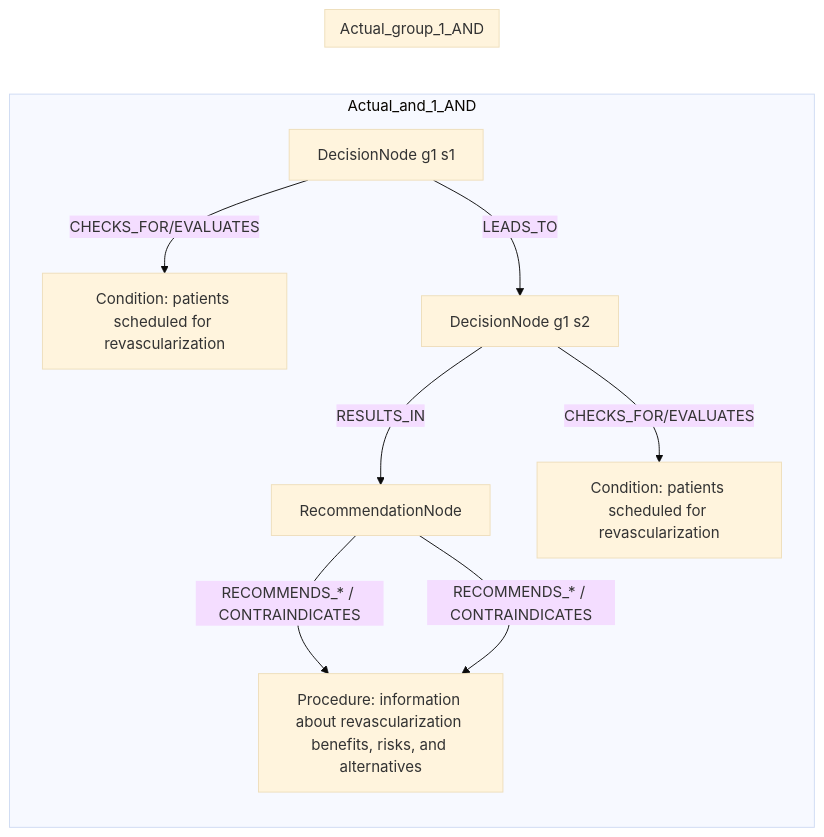
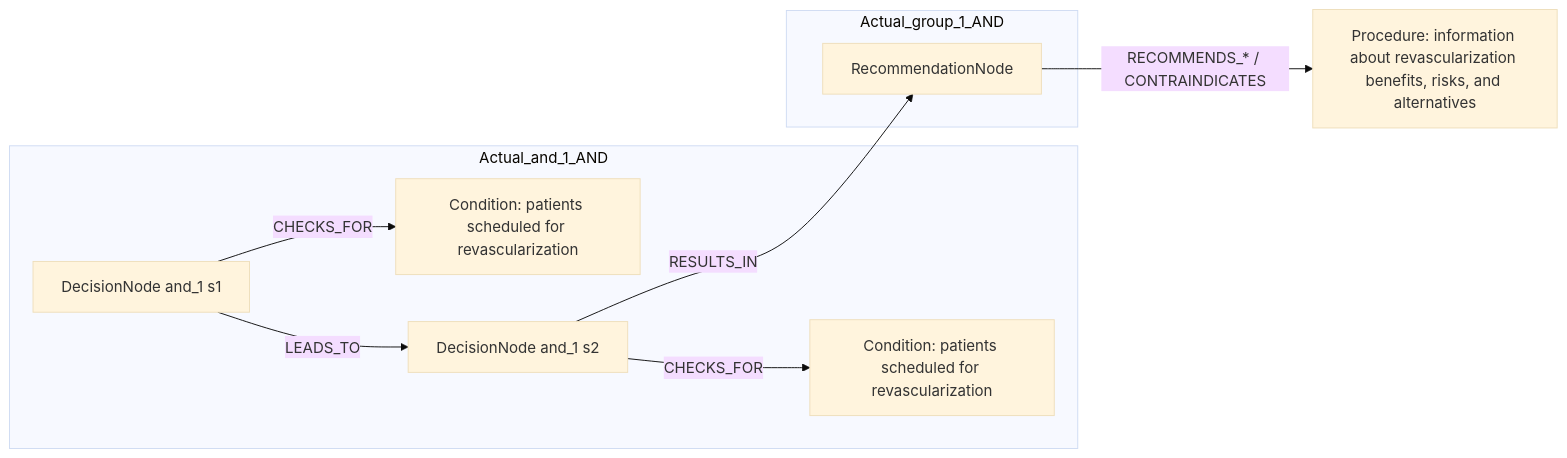
The second of 2 diagrams in docs/table22_rows/row_01.md (dieterich-lab/CardioGuidelinesGraph), drawn with Mermaid (base theme) before and after one commit. The commit also changed other lines of this file and 18 other files, not shown here.

Commit message:
Update mermaid diagrams.

````diff
--- a/docs/table22_rows/row_01.md
+++ b/docs/table22_rows/row_01.md
@@ -220,22 +205,19 @@
 ```mermaid
 graph LR
+  REC[RecommendationNode]
+  ACT1[Procedure: information about revascularization benefits, risks, and alternatives]
+  REC -->|RECOMMENDS_* / CONTRAINDICATES| ACT1
   subgraph Actual_and_1_AND
-    REC[RecommendationNode]
-    D1[DecisionNode g1 s1]
-    C1[Condition: patients scheduled for revascularization]
-    D1 -->|CHECKS_FOR/EVALUATES| C1
-    D2[DecisionNode g1 s2]
-    C2[Condition: patients scheduled for revascularization]
-    D2 -->|CHECKS_FOR/EVALUATES| C2
-    D1 -->|LEADS_TO| D2
-    D2 -->|RESULTS_IN| REC
-    ACT1[Procedure: information about revascularization benefits, risks, and alternatives]
-    REC -->|RECOMMENDS_* / CONTRAINDICATES| ACT1
+    D_and_1_1[DecisionNode and_1 s1]
+    C_and_1_1[Condition: patients scheduled for revascularization]
+    D_and_1_1 -->|CHECKS_FOR| C_and_1_1
+    D_and_1_2[DecisionNode and_1 s2]
+    C_and_1_2[Condition: patients scheduled for revascularization]
+    D_and_1_2 -->|CHECKS_FOR| C_and_1_2
+    D_and_1_1 -->|LEADS_TO| D_and_1_2
   end
   subgraph Actual_group_1_AND
-    REC[RecommendationNode]
     REC
-    ACT1[Procedure: information about revascularization benefits, risks, and alternatives]
-    REC -->|RECOMMENDS_* / CONTRAINDICATES| ACT1
   end
+  D_and_1_2 -->|RESULTS_IN| REC
 ```
````
